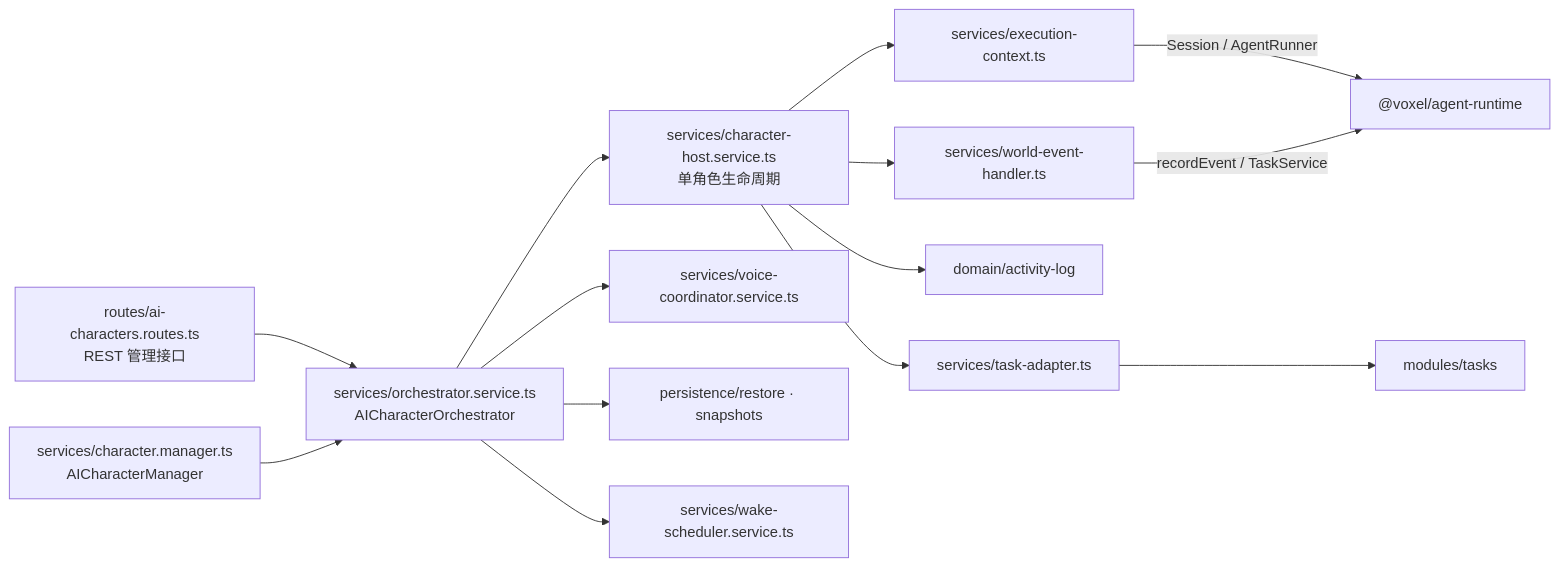
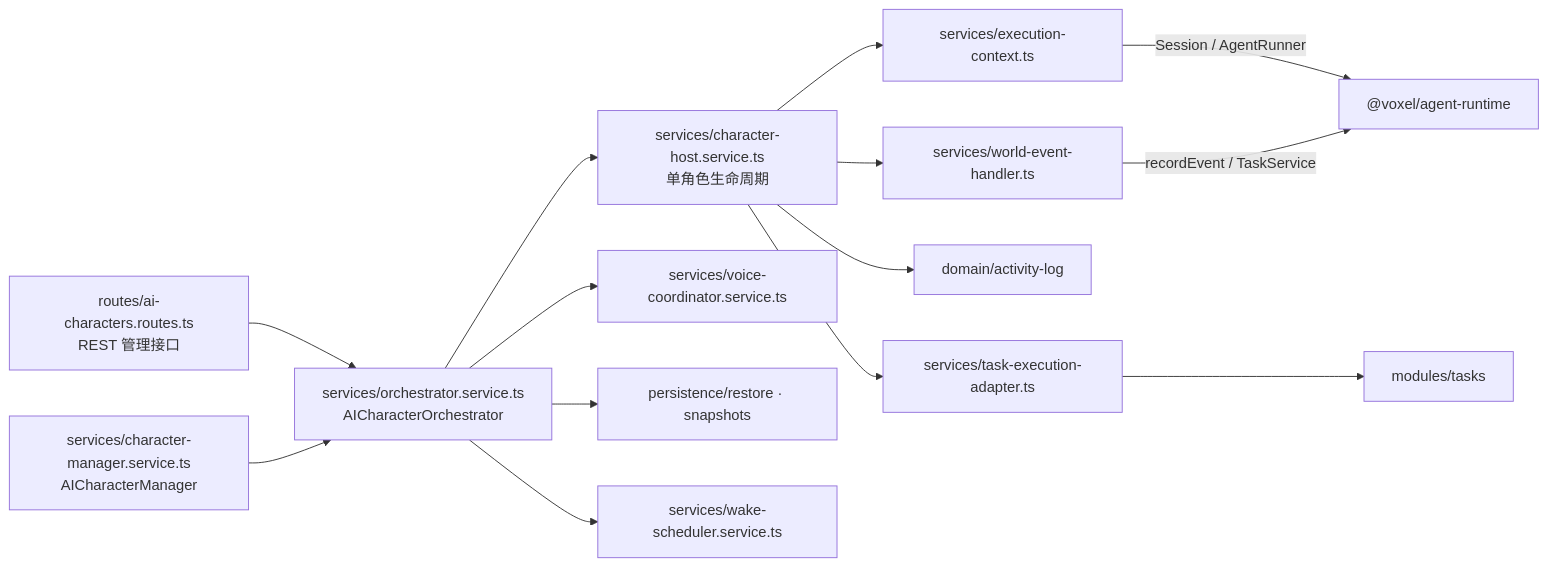
One commit to lulabs-org/embocraft changed the sixth of 14 diagrams in docs/guide/architecture-diagrams.md. Above: the diagram before and after it, drawn with Mermaid. The commit also changed 13 other files, not shown here.

Commit message:
refactor(server): clarify AI character service file names (#182)

````diff
--- a/docs/guide/architecture-diagrams.md
+++ b/docs/guide/architecture-diagrams.md
@@ -168,16 +168,16 @@
 ```mermaid
 graph LR
     Routes["routes/ai-characters.routes.ts<br/>REST 管理接口"] --> Orch["services/orchestrator.service.ts<br/>AICharacterOrchestrator"]
-    Manager["services/character.manager.ts<br/>AICharacterManager"] --> Orch
+    Manager["services/character-manager.service.ts<br/>AICharacterManager"] --> Orch
     Orch --> Host["services/character-host.service.ts<br/>单角色生命周期"]
     Orch --> Voice["services/voice-coordinator.service.ts"]
     Orch --> Restore["persistence/restore · snapshots"]
     Host --> Ctx["services/execution-context.ts"]
     Orch --> Wake["services/wake-scheduler.service.ts"]
     Host --> WEH["services/world-event-handler.ts"]
     Host --> Log["domain/activity-log"]
-    Host --> TA["services/task-adapter.ts"]
+    Host --> TA["services/task-execution-adapter.ts"]
     Ctx -->|Session / AgentRunner| RTPkg["@voxel/agent-runtime"]
     WEH -->|recordEvent / TaskService| RTPkg
     TA --> TaskMod["modules/tasks"]
 ```
````
